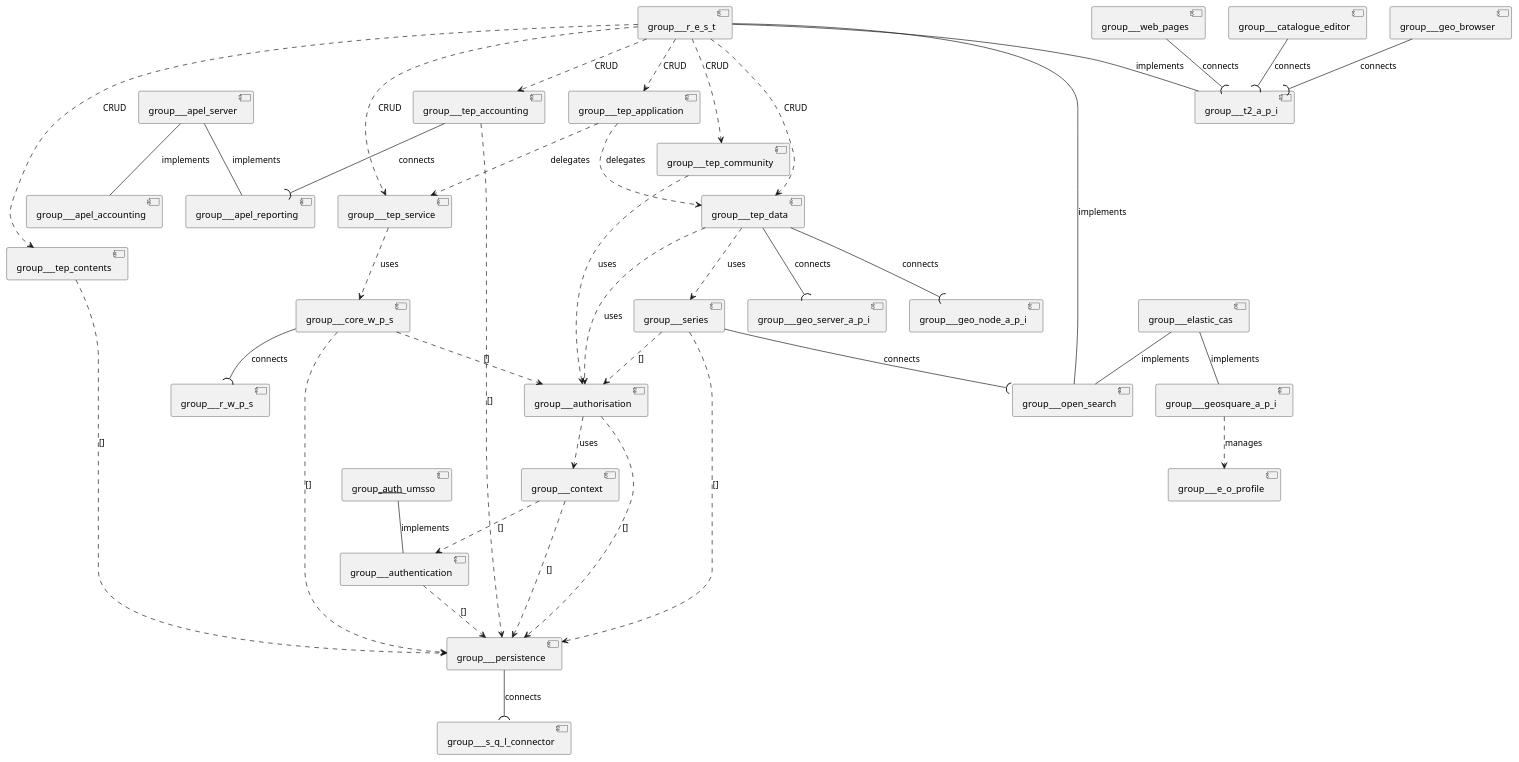
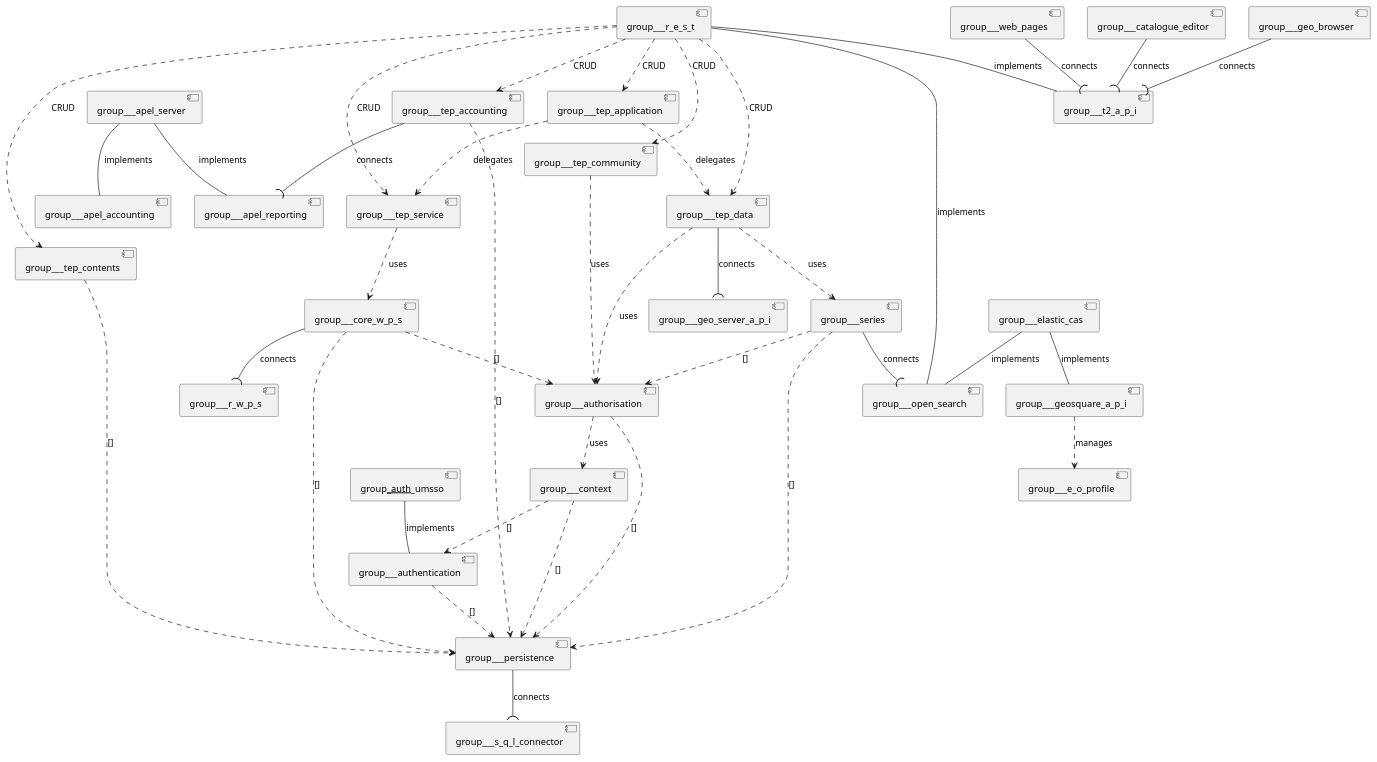
The diagram in source/groups/group_relations.iuml (urban-tep/DDF-SDD), drawn with PlantUML before and after one commit. The commit also changed 23 other files, not shown here.

```diff
--- a/source/groups/group_relations.iuml
+++ b/source/groups/group_relations.iuml
@@ -1,42 +1,41 @@
 @startuml
 [group___apel_server]  --  [group___apel_accounting] : implements
 [group___apel_server]  --  [group___apel_reporting] : implements
 [group___auth___umsso]  --  [group___authentication] : implements
 [group___authentication]  ..>  [group___persistence] : []
 [group___authorisation]  ..>  [group___persistence] : []
 [group___authorisation]  ..>  [group___context] : uses
 [group___catalogue_editor]  --(  [group___t2_a_p_i] : connects
 [group___context]  ..>  [group___persistence] : []
 [group___context]  ..>  [group___authentication] : []
 [group___core_w_p_s]  ..>  [group___persistence] : []
 [group___core_w_p_s]  ..>  [group___authorisation] : []
 [group___core_w_p_s]  --(  [group___r_w_p_s] : connects
 [group___elastic_cas]  --  [group___geosquare_a_p_i] : implements
 [group___elastic_cas]  --  [group___open_search] : implements
 [group___geo_browser]  --(  [group___t2_a_p_i] : connects
 [group___geosquare_a_p_i]  ..>  [group___e_o_profile] : manages
 [group___persistence]  --(  [group___s_q_l_connector] : connects
 [group___r_e_s_t]  ..>  [group___tep_accounting] : CRUD
 [group___r_e_s_t]  ..>  [group___tep_application] : CRUD
 [group___r_e_s_t]  ..>  [group___tep_community] : CRUD
 [group___r_e_s_t]  ..>  [group___tep_contents] : CRUD
 [group___r_e_s_t]  ..>  [group___tep_data] : CRUD
 [group___r_e_s_t]  ..>  [group___tep_service] : CRUD
 [group___r_e_s_t]  --  [group___t2_a_p_i] : implements
 [group___r_e_s_t]  --  [group___open_search] : implements
 [group___series]  --(  [group___open_search] : connects
 [group___series]  ..>  [group___persistence] : []
 [group___series]  ..>  [group___authorisation] : []
 [group___tep_accounting]  --(  [group___apel_reporting] : connects
 [group___tep_accounting]  ..>  [group___persistence] : []
 [group___tep_application]  ..>  [group___tep_data] : delegates
 [group___tep_application]  ..>  [group___tep_service] : delegates
 [group___tep_community]  ..>  [group___authorisation] : uses
 [group___tep_contents]  ..>  [group___persistence] : []
 [group___tep_data]  ..>  [group___authorisation] : uses
 [group___tep_data]  ..>  [group___series] : uses
 [group___tep_data]  --(  [group___geo_server_a_p_i] : connects
-[group___tep_data]  --(  [group___geo_node_a_p_i] : connects
 [group___tep_service]  ..>  [group___core_w_p_s] : uses
 [group___web_pages]  --(  [group___t2_a_p_i] : connects
 @enduml
```
